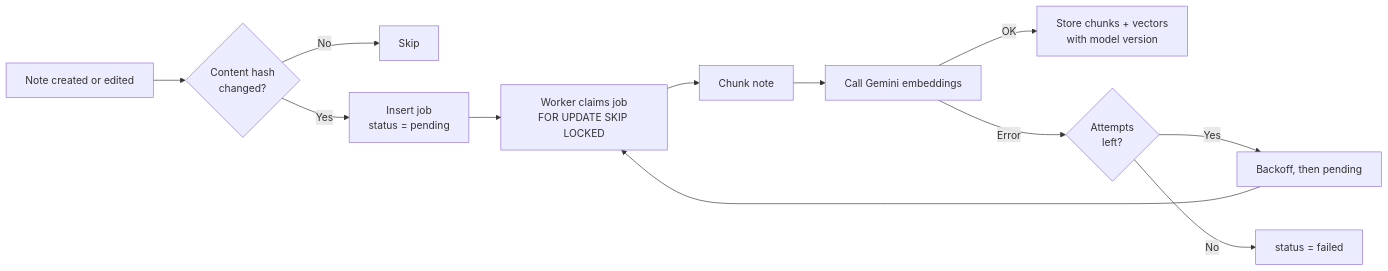
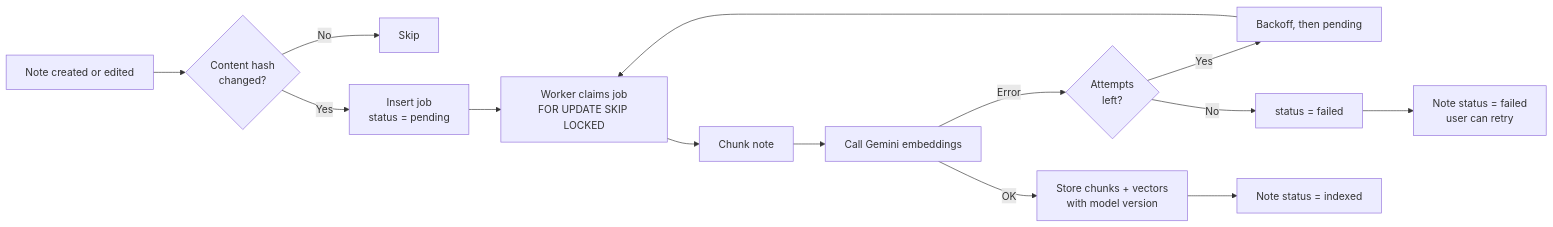
The third of 3 diagrams in README.md (wynn-nguyen-dev/Synapse), drawn with Mermaid before and after one commit. The commit also changed other lines of this file, not shown here.

````diff
--- a/README.md
+++ b/README.md
@@ -163,13 +173,15 @@
 ```mermaid
 flowchart LR
     A["Note created or edited"] --> B{"Content hash<br/>changed?"}
     B -- "No" --> Z["Skip"]
     B -- "Yes" --> C["Insert job<br/>status = pending"]
     C --> D["Worker claims job<br/>FOR UPDATE SKIP LOCKED"]
     D --> E["Chunk note"]
     E --> F["Call Gemini embeddings"]
     F -- "OK" --> G["Store chunks + vectors<br/>with model version"]
     F -- "Error" --> H{"Attempts<br/>left?"}
     H -- "Yes" --> I["Backoff, then pending"] --> D
     H -- "No" --> J["status = failed"]
+    G --> K["Note status = indexed"]
+    J --> L["Note status = failed<br/>user can retry"]
 ```
````
